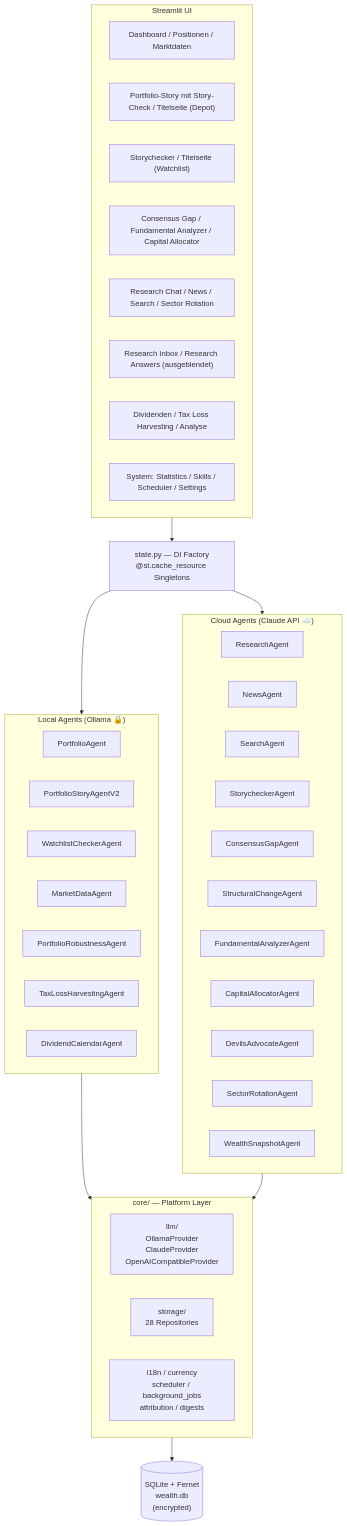
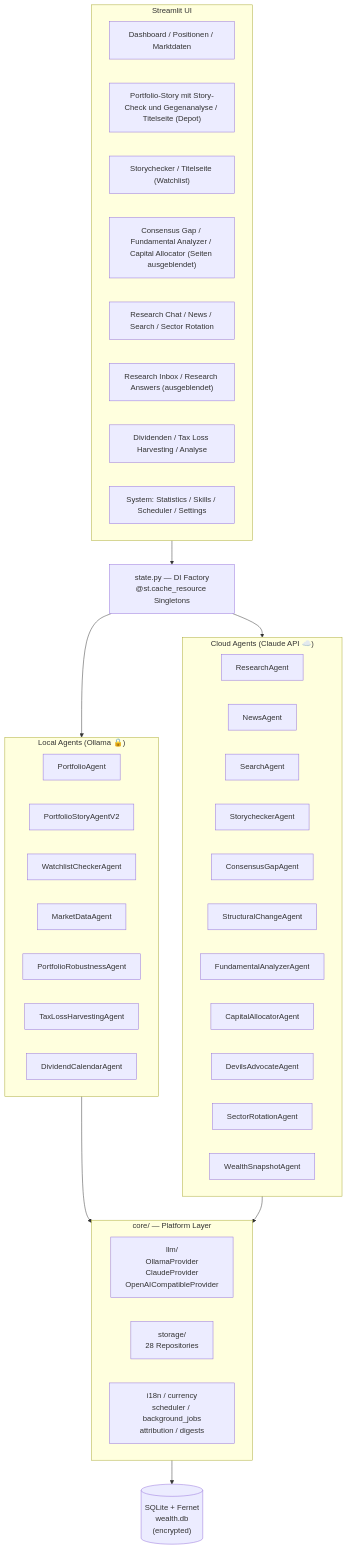
One commit to esc1899/wealth_management changed the first of 3 diagrams in ARCHITECTURE.md. Above: the diagram before and after it, drawn with Mermaid. The commit also changed 10 other files, not shown here.

First line of the commit message:
Gegenanalyse unter Portfolio-Story, Check-Seiten ausgeblendet

````diff
--- a/ARCHITECTURE.md
+++ b/ARCHITECTURE.md
@@ -5,54 +5,54 @@
 ```mermaid
 graph TD
     subgraph UI["Streamlit UI"]
         PG1["Dashboard / Positionen / Marktdaten"]
-        PG2["Portfolio-Story mit Story-Check / Titelseite (Depot)"]
+        PG2["Portfolio-Story mit Story-Check und Gegenanalyse / Titelseite (Depot)"]
         PG3["Storychecker / Titelseite (Watchlist)"]
-        PG4["Consensus Gap / Fundamental Analyzer / Capital Allocator"]
+        PG4["Consensus Gap / Fundamental Analyzer / Capital Allocator (Seiten ausgeblendet)"]
         PG5["Research Chat / News / Search / Sector Rotation"]
         PG6["Research Inbox / Research Answers (ausgeblendet)"]
         PG7["Dividenden / Tax Loss Harvesting / Analyse"]
         PG8["System: Statistics / Skills / Scheduler / Settings"]
     end
 
     state["state.py — DI Factory<br/>@st.cache_resource Singletons"]
 
     subgraph Local["Local Agents (Ollama 🔒)"]
         PA["PortfolioAgent"]
         PSA["PortfolioStoryAgentV2"]
         WCA["WatchlistCheckerAgent"]
         MDA["MarketDataAgent"]
         PRA["PortfolioRobustnessAgent"]
         TLH["TaxLossHarvestingAgent"]
         DCA["DividendCalendarAgent"]
     end
 
     subgraph Cloud["Cloud Agents (Claude API ☁️)"]
         RA["ResearchAgent"]
         NA["NewsAgent"]
         SA["SearchAgent"]
         SCA["StorycheckerAgent"]
         CGA["ConsensusGapAgent"]
         STA["StructuralChangeAgent"]
         FAA["FundamentalAnalyzerAgent"]
         CAA["CapitalAllocatorAgent"]
         DAA["DevilsAdvocateAgent"]
         SRA["SectorRotationAgent"]
         WSA["WealthSnapshotAgent"]
     end
 
     subgraph Core["core/ — Platform Layer"]
         LLM["llm/<br/>OllamaProvider<br/>ClaudeProvider<br/>OpenAICompatibleProvider"]
         STOR["storage/<br/>28 Repositories"]
         UTIL["i18n / currency<br/>scheduler / background_jobs<br/>attribution / digests"]
     end
 
     DB[("SQLite + Fernet<br/>wealth.db<br/>(encrypted)")]
 
     UI --> state
     state --> Local
     state --> Cloud
     Local --> Core
     Cloud --> Core
     Core --> DB
 ```
````
